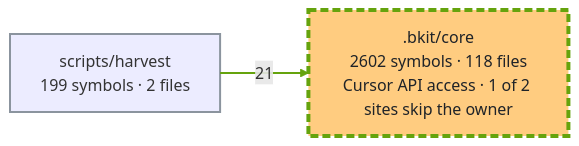
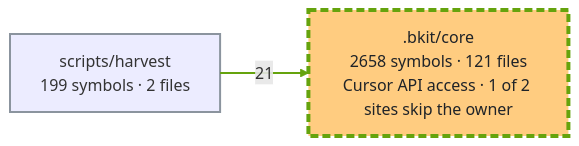
One commit to cbartens/bkit changed the second of 3 diagrams in docs/capabilities.md. Above: the diagram before and after it, drawn with Mermaid. The commit also changed other lines of this file, not shown here.

First line of the commit message:
docs(graph): refresh capabilities graph for the 701-723 commits

````diff
--- a/docs/capabilities.md
+++ b/docs/capabilities.md
@@ -169,16 +169,16 @@
 ```mermaid
 ---
 config:
   layout: elk
   flowchart:
     useMaxWidth: false
 ---
 flowchart LR
-  %% Generated by bkit-graphify-rollup.py from f603fd25fcf43f94a03b221ba30c5f27734c2d9c — do not edit
-  n_bkit_core[".bkit/core<br/>2602 symbols · 118 files<br/>Cursor API access · 1 of 2 sites skip the owner"]
+  %% Generated by bkit-graphify-rollup.py from 5d34db5f4d1810c66ce2228b13c8b2fffb869291 — do not edit
+  n_bkit_core[".bkit/core<br/>2658 symbols · 121 files<br/>Cursor API access · 1 of 2 sites skip the owner"]
   nscripts_harvest["scripts/harvest<br/>199 symbols · 2 files"]
   nscripts_harvest -->|21| n_bkit_core
   style n_bkit_core stroke:#65a30d,stroke-width:4px,stroke-dasharray:8 4,fill:#ffcc80,color:#1f2328
   style nscripts_harvest stroke:#8b949e,stroke-width:2px
   linkStyle 0 stroke:#65a30d,stroke-width:2px
 ```
````
